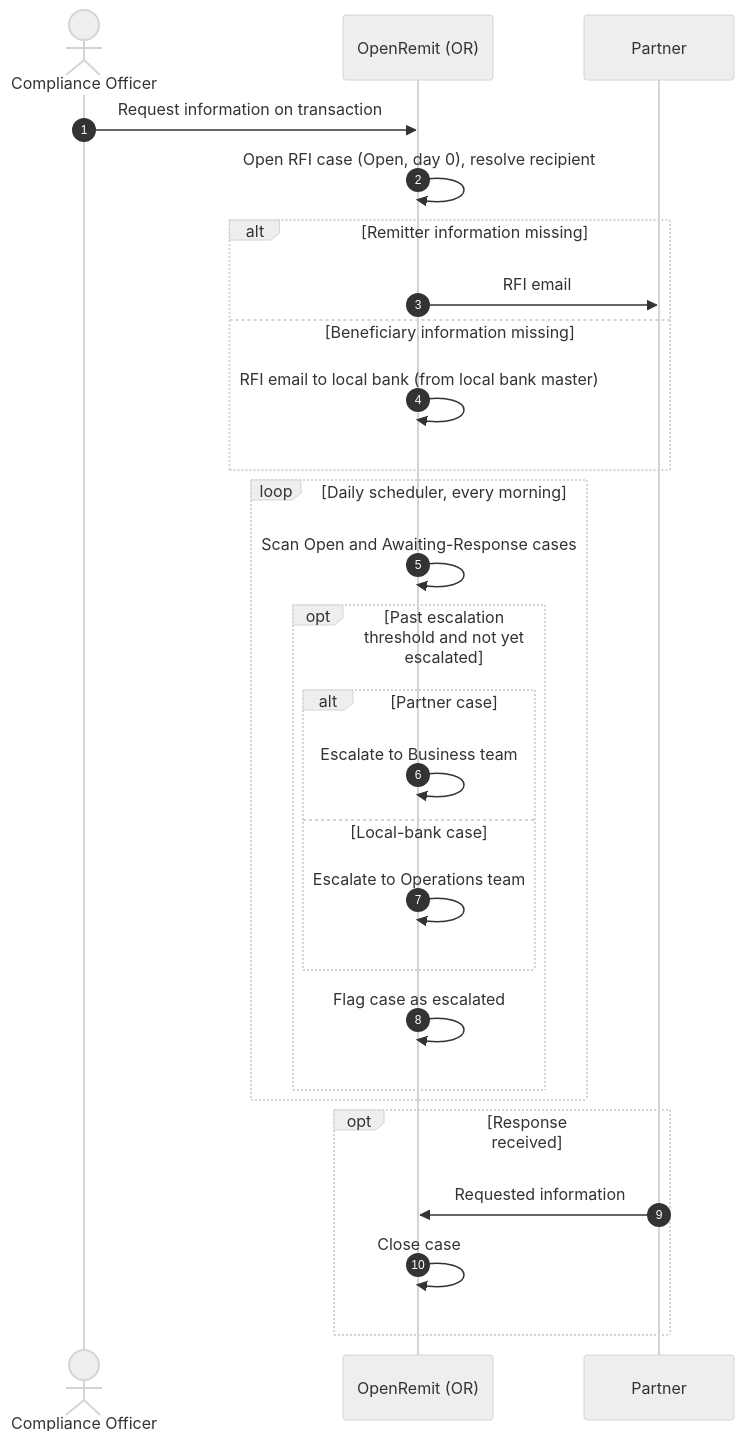
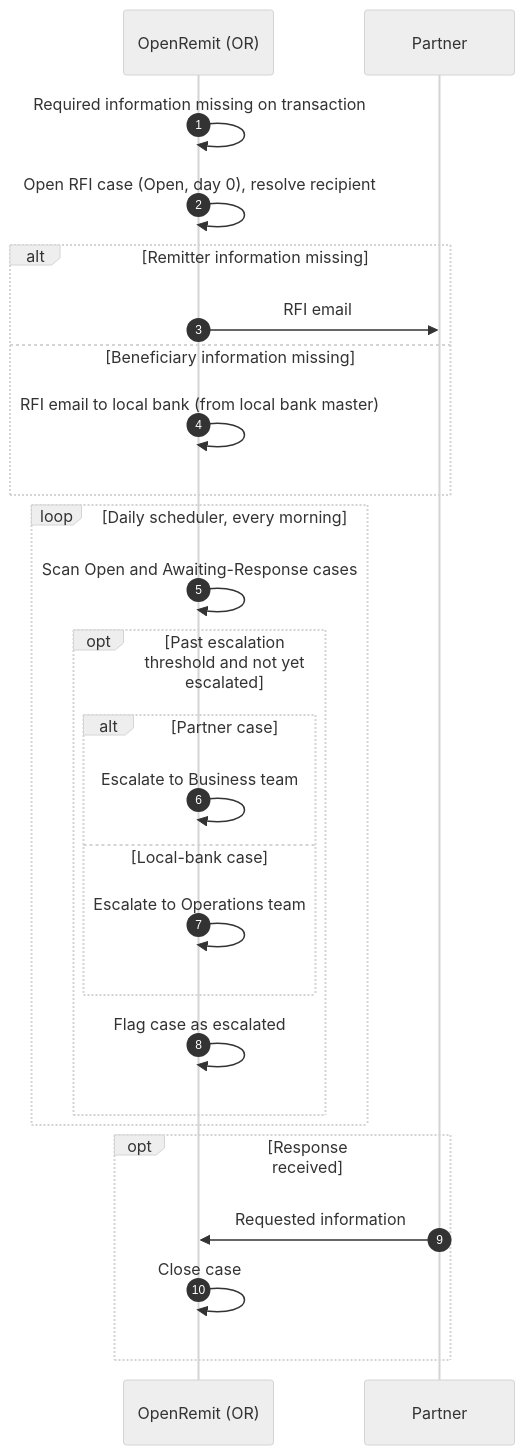
The diagram in docs/features/non-financial/automated-rfi.md (paysyslab/OpenRemit), drawn with Mermaid (neutral theme) before and after one commit. The commit also changed other lines of this file and 37 other files, not shown here.

````diff
--- a/docs/features/non-financial/automated-rfi.md
+++ b/docs/features/non-financial/automated-rfi.md
@@ -60,32 +71,31 @@
 ```mermaid
 sequenceDiagram
     autonumber
-    actor CO as Compliance Officer
     participant OR as OpenRemit (OR)
     participant P as Partner
 
-    CO->>OR: Request information on transaction
+    OR->>OR: Required information missing on transaction
     OR->>OR: Open RFI case (Open, day 0), resolve recipient
     alt Remitter information missing
         OR->>P: RFI email
     else Beneficiary information missing
         OR->>OR: RFI email to local bank (from local bank master)
     end
 
     loop Daily scheduler, every morning
         OR->>OR: Scan Open and Awaiting-Response cases
         opt Past escalation threshold and not yet escalated
             alt Partner case
                 OR->>OR: Escalate to Business team
             else Local-bank case
                 OR->>OR: Escalate to Operations team
             end
             OR->>OR: Flag case as escalated
         end
     end
 
     opt Response received
         P->>OR: Requested information
         OR->>OR: Close case
     end
 ```
````
